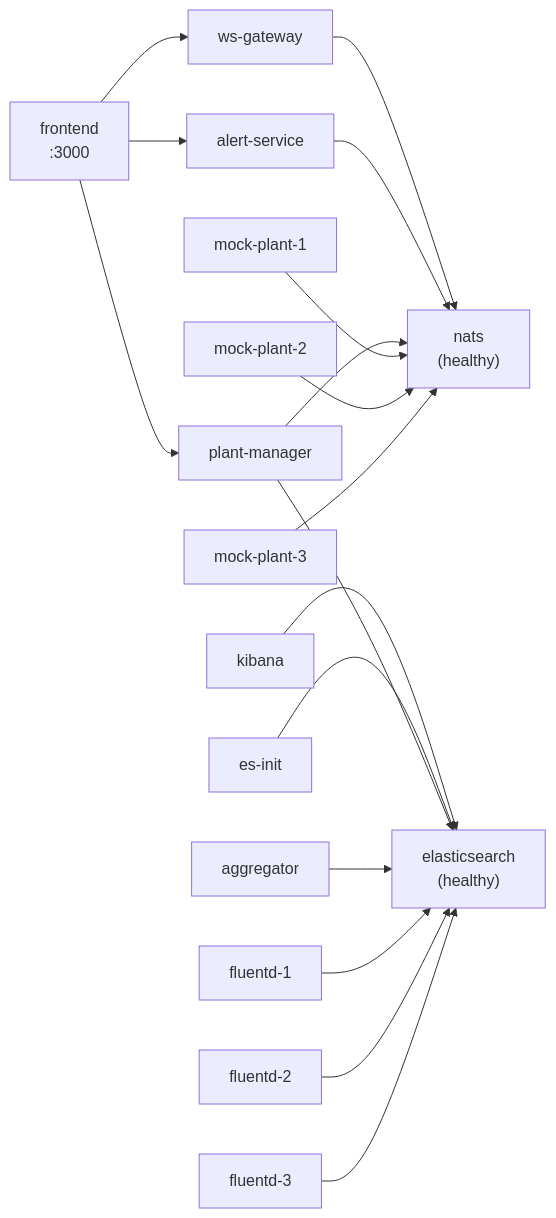
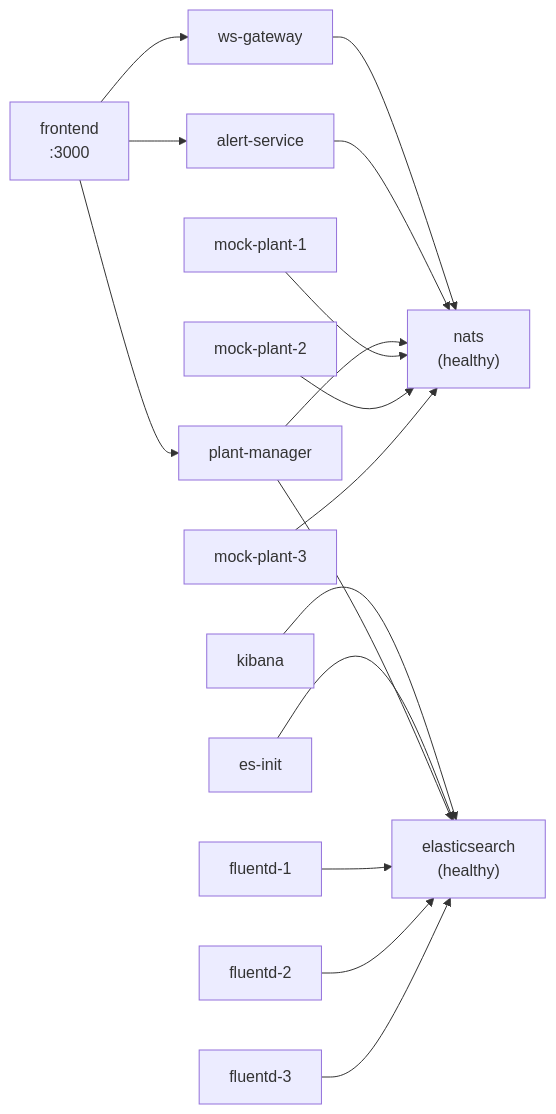
Before and after one commit to zclintw/solarops: the seventh of 7 diagrams in docs/architecture.md, drawn with Mermaid. The commit also changed other lines of this file and 1 other file, not shown here.

First line of the commit message:
docs: update architecture and future-improvements after aggregator removal

````diff
--- a/docs/architecture.md
+++ b/docs/architecture.md
@@ -319,26 +281,25 @@
 ```mermaid
 graph LR
     nats["nats\n(healthy)"]
     es["elasticsearch\n(healthy)"]
     kibana["kibana"] --> es
     es_init["es-init"] --> es
 
     ws["ws-gateway"] --> nats
     as["alert-service"] --> nats
     pm["plant-manager"] --> nats
     pm --> es
 
-    agg["aggregator"] --> es
 
     mp1["mock-plant-1"] --> nats
     mp2["mock-plant-2"] --> nats
     mp3["mock-plant-3"] --> nats
 
     fd1["fluentd-1"] --> es
     fd2["fluentd-2"] --> es
     fd3["fluentd-3"] --> es
 
     fe["frontend\n:3000"] --> ws
     fe --> pm
     fe --> as
 ```
````
